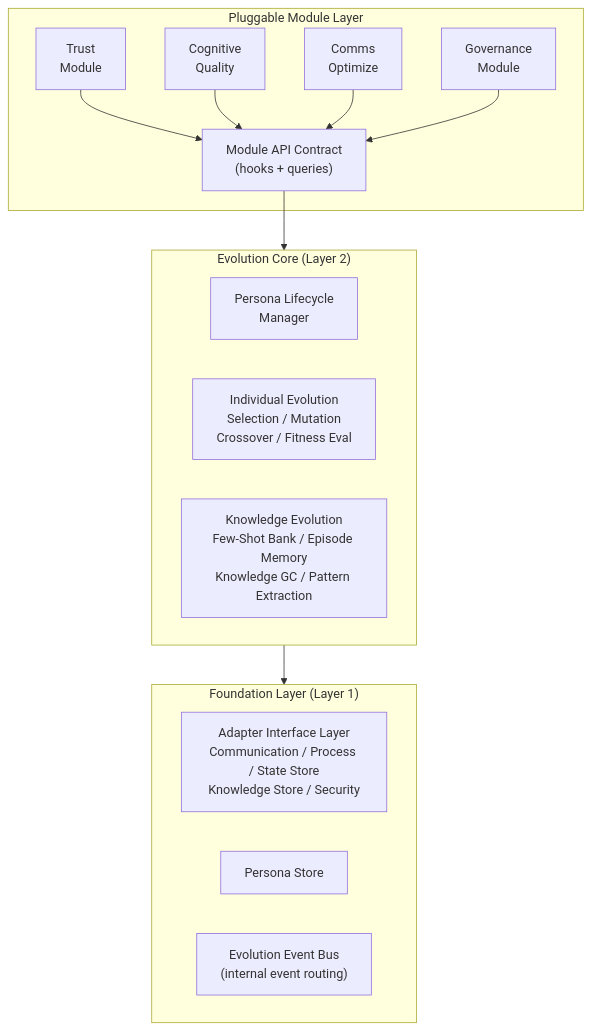
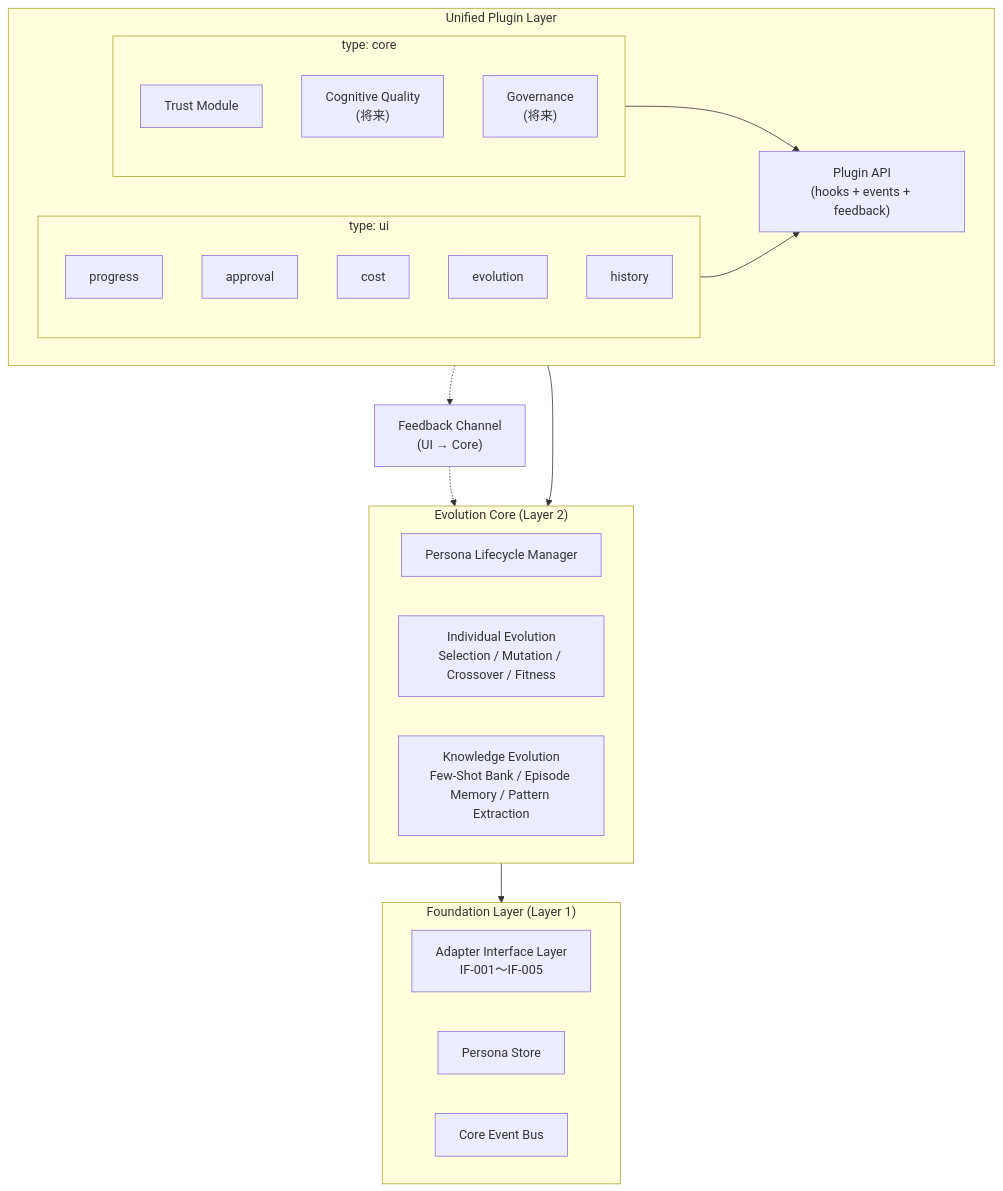
Before and after one commit to skaji18/tanebi: the first of 3 diagrams in docs/design.md, drawn with Mermaid. The commit also changed other lines of this file and 4 other files, not shown here.

````diff
--- a/docs/design.md
+++ b/docs/design.md
@@ -100,29 +60,39 @@
 ```mermaid
 graph TD
-    subgraph PML["Pluggable Module Layer"]
-        TM["Trust<br/>Module"]
-        CQ["Cognitive<br/>Quality"]
-        CO["Comms<br/>Optimize"]
-        GM["Governance<br/>Module"]
-        API["Module API Contract<br/>(hooks + queries)"]
-        TM --> API
-        CQ --> API
-        CO --> API
-        GM --> API
+    subgraph UPL["Unified Plugin Layer"]
+        direction LR
+        subgraph CP["type: core"]
+            TM["Trust Module"]
+            CQ["Cognitive Quality<br/>(将来)"]
+            GM["Governance<br/>(将来)"]
+        end
+        subgraph UP["type: ui"]
+            PR["progress"]
+            AP["approval"]
+            CS["cost"]
+            EV["evolution"]
+            HI["history"]
+        end
+        PA["Plugin API<br/>(hooks + events + feedback)"]
+        CP --> PA
+        UP --> PA
     end
 
     subgraph EC["Evolution Core (Layer 2)"]
-        PLM["Persona Lifecycle<br/>Manager"]
-        IE["Individual Evolution<br/>Selection / Mutation<br/>Crossover / Fitness Eval"]
-        KE["Knowledge Evolution<br/>Few-Shot Bank / Episode Memory<br/>Knowledge GC / Pattern Extraction"]
+        PLM["Persona Lifecycle Manager"]
+        IE["Individual Evolution<br/>Selection / Mutation / Crossover / Fitness"]
+        KE["Knowledge Evolution<br/>Few-Shot Bank / Episode Memory / Pattern Extraction"]
     end
 
     subgraph FL["Foundation Layer (Layer 1)"]
-        AIL["Adapter Interface Layer<br/>Communication / Process / State Store<br/>Knowledge Store / Security"]
+        AIL["Adapter Interface Layer<br/>IF-001〜IF-005"]
         PS["Persona Store"]
-        EEB["Evolution Event Bus<br/>(internal event routing)"]
+        CEB["Core Event Bus"]
     end
 
-    API --> EC
+    PA --> EC
     EC --> FL
+
+    FC["Feedback Channel<br/>(UI → Core)"]
+    UP -.-> FC -.-> EC
 ```
````
